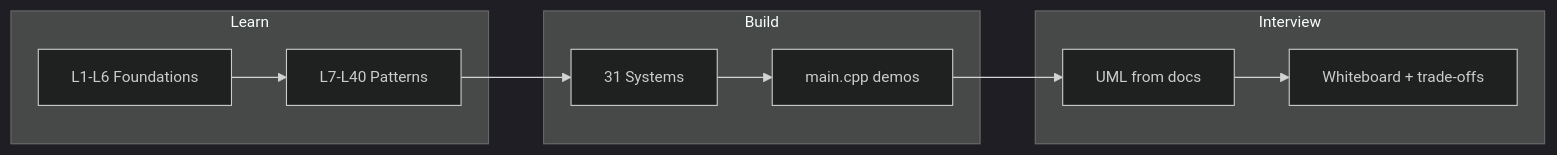
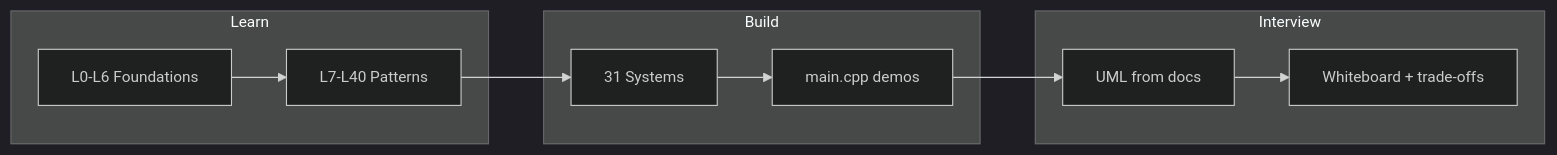
One commit to subhm2004/LLD changed the first of 3 diagrams in README.md. Above: the diagram before and after it, drawn with Mermaid. The commit also changed other lines of this file and 135 other files, not shown here.

````diff
--- a/README.md
+++ b/README.md
@@ -58,17 +58,17 @@
 ```mermaid
 %%{init: {'theme': 'dark', 'themeVariables': { 'fontSize': '14px'}}}%%
 flowchart LR
     subgraph learn [Learn]
-        A[L1-L6 Foundations]
+        A[L0-L6 Foundations]
         B[L7-L40 Patterns]
     end
     subgraph build [Build]
         C[31 Systems]
         D[main.cpp demos]
     end
     subgraph ship [Interview]
         E[UML from docs]
         F[Whiteboard + trade-offs]
     end
     A --> B --> C --> D --> E --> F
 ```
````
